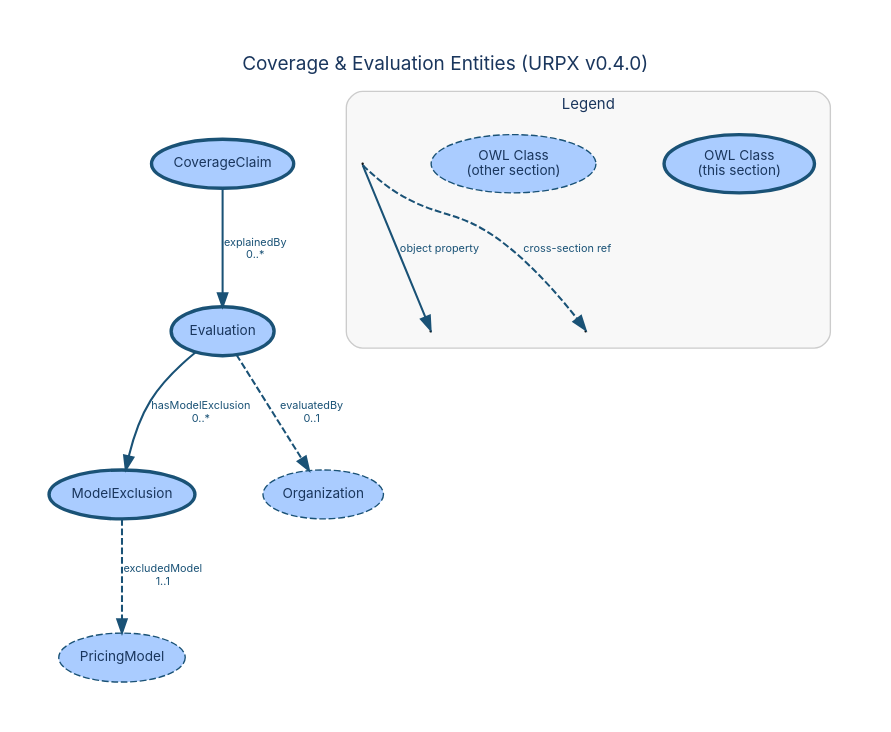
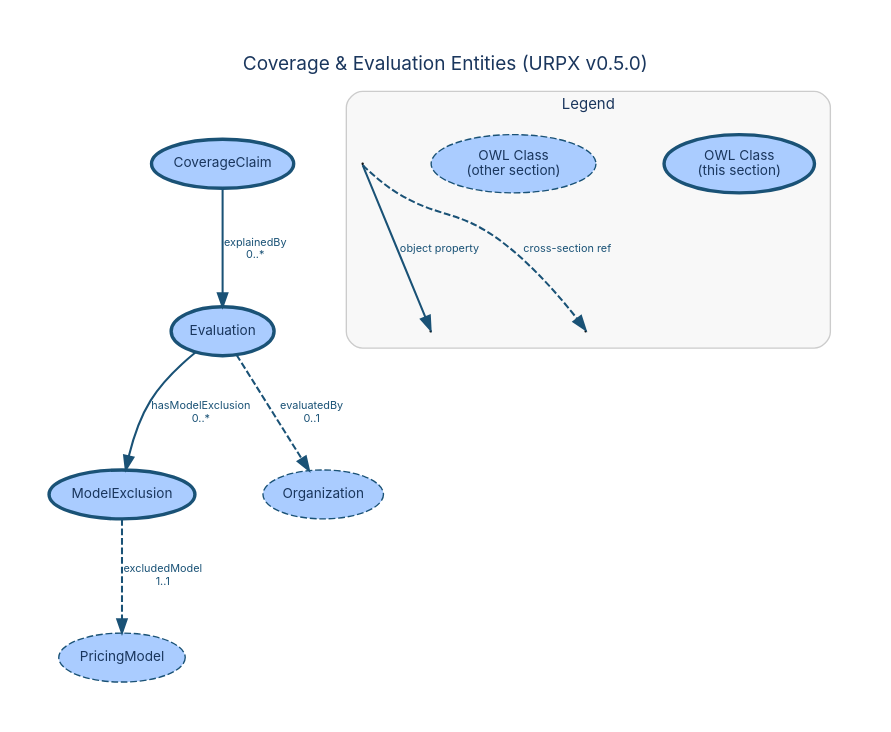
One commit to urpx-org/urpx changed the diagram in documentation/diagrams/dictionary/coverage-evaluation-entities.dot. Above: the diagram before and after it, drawn with Graphviz. The commit also changed 28 other files, not shown here.

```diff
--- a/documentation/diagrams/dictionary/coverage-evaluation-entities.dot
+++ b/documentation/diagrams/dictionary/coverage-evaluation-entities.dot
@@ -1,73 +1,73 @@
 digraph "Coverage & Evaluation Entities" {
     rankdir=TB;
     bgcolor="white";
     pad=0.4;
     nodesep=0.7;
     ranksep=0.9;
     fontname="Inter, Helvetica, Arial, sans-serif";
-    label="Coverage & Evaluation Entities (URPX v0.4.0)";
+    label="Coverage & Evaluation Entities (URPX v0.5.0)";
     labelloc="t";
     fontsize=14;
     fontcolor="#1a365d";
     node [fontname="Inter, Helvetica, Arial, sans-serif", fontsize=10, style=filled, fontcolor="#1a365d"];
     edge [fontname="Inter, Helvetica, Arial, sans-serif", fontsize=8, fontcolor="#1a365d"];
 
     // Section classes
     CoverageClaim [
         label="CoverageClaim"
         shape=ellipse, fillcolor="#aaccff", color="#1a5276", penwidth=2.5
     ];
     Evaluation [
         label="Evaluation"
         shape=ellipse, fillcolor="#aaccff", color="#1a5276", penwidth=2.5
     ];
     ModelExclusion [
         label="ModelExclusion"
         shape=ellipse, fillcolor="#aaccff", color="#1a5276", penwidth=2.5
     ];
 
     // Cross-section references
     Organization [
         label="Organization"
         shape=ellipse, fillcolor="#aaccff", color="#1a5276", penwidth=1, style="filled,dashed"
     ];
     PricingModel [
         label="PricingModel"
         shape=ellipse, fillcolor="#aaccff", color="#1a5276", penwidth=1, style="filled,dashed"
     ];
 
     // Object property edges
     CoverageClaim -> Evaluation [
         label="explainedBy\n0..*", color="#1a5276", fontcolor="#1a5276", penwidth=1.5
     ];
     Evaluation -> Organization [
         label="evaluatedBy\n0..1", style=dashed, color="#1a5276", fontcolor="#1a5276", penwidth=1.5
     ];
     Evaluation -> ModelExclusion [
         label="hasModelExclusion\n0..*", color="#1a5276", fontcolor="#1a5276", penwidth=1.5
     ];
     ModelExclusion -> PricingModel [
         label="excludedModel\n1..1", style=dashed, color="#1a5276", fontcolor="#1a5276", penwidth=1.5
     ];
 
     // Auto-computed rank hints
 
     subgraph cluster_legend {
         label="Legend";
         fontname="Inter, Helvetica, Arial, sans-serif";
         fontsize=11;
         fontcolor="#1a365d";
         style=rounded;
         color="#cccccc";
         bgcolor="#f8f8f8";
         margin=12;
 
         leg_class [label="OWL Class\n(this section)", shape=ellipse, fillcolor="#aaccff", color="#1a5276", penwidth=2.5];
         leg_xref [label="OWL Class\n(other section)", shape=ellipse, fillcolor="#aaccff", color="#1a5276", penwidth=1, style="filled,dashed"];
         leg_src [label=" ", shape=point, width=0.01];
         leg_tgt1 [label=" ", shape=point, width=0.01];
         leg_src -> leg_tgt1 [label="object property", color="#1a5276", fontcolor="#1a5276", penwidth=1.5];
         leg_tgt2 [label=" ", shape=point, width=0.01];
         leg_src -> leg_tgt2 [label="cross-section ref", style=dashed, color="#1a5276", fontcolor="#1a5276", penwidth=1.5];
     }
 }
```
